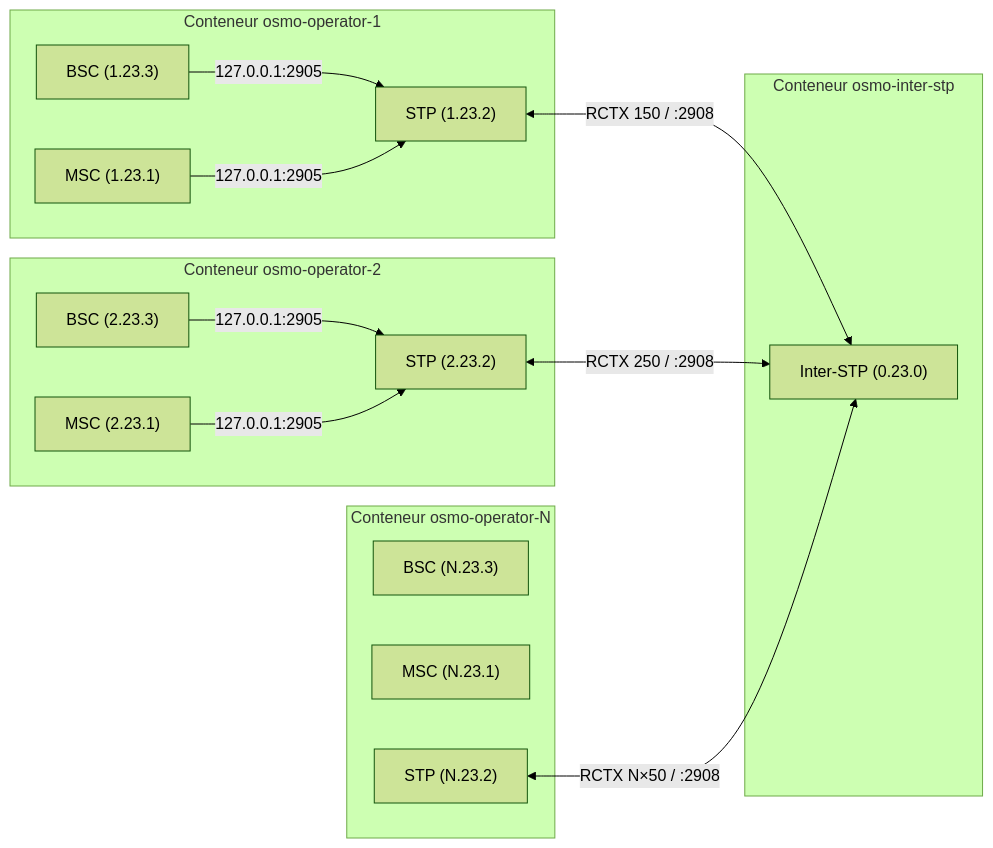
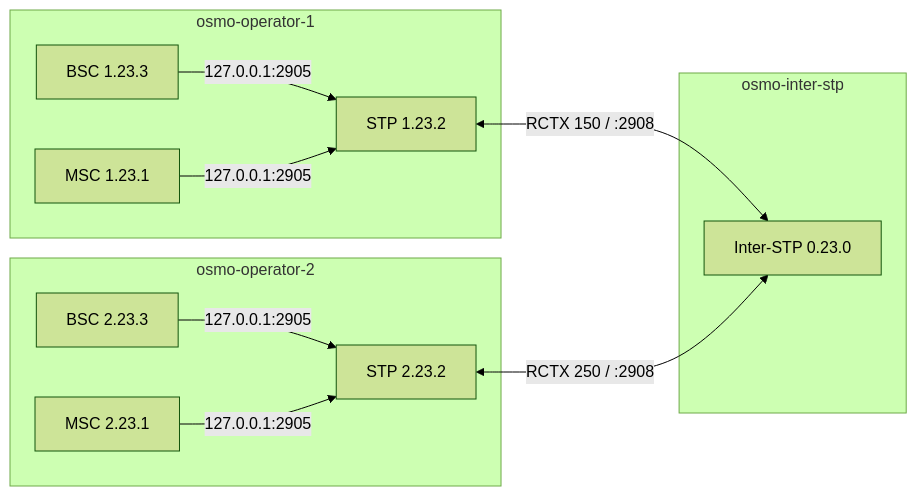
Before and after one commit to bbaranoff/osmo-operator: the fourth of 5 diagrams in README.md, drawn with Mermaid (forest theme). The commit also changed other lines of this file, not shown here.

````diff
--- a/README.md
+++ b/README.md
@@ -65,32 +483,22 @@
 ```mermaid
 flowchart LR
-    subgraph "Conteneur osmo-operator-1"
-        BSC_A["BSC (1.23.3)"]
-        MSC_A["MSC (1.23.1)"]
-        STP_A["STP (1.23.2)"]
+    subgraph "osmo-operator-1"
+        BSC_A["BSC 1.23.3"]
+        MSC_A["MSC 1.23.1"]
+        STP_A["STP 1.23.2"]
         BSC_A -->|127.0.0.1:2905| STP_A
         MSC_A -->|127.0.0.1:2905| STP_A
     end
-
-    subgraph "Conteneur osmo-operator-2"
-        BSC_B["BSC (2.23.3)"]
-        MSC_B["MSC (2.23.1)"]
-        STP_B["STP (2.23.2)"]
+    subgraph "osmo-operator-2"
+        BSC_B["BSC 2.23.3"]
+        MSC_B["MSC 2.23.1"]
+        STP_B["STP 2.23.2"]
         BSC_B -->|127.0.0.1:2905| STP_B
         MSC_B -->|127.0.0.1:2905| STP_B
     end
-
-    subgraph "Conteneur osmo-operator-N"
-        BSC_N["BSC (N.23.3)"]
-        MSC_N["MSC (N.23.1)"]
-        STP_N["STP (N.23.2)"]
+    subgraph "osmo-inter-stp"
+        INTER["Inter-STP 0.23.0"]
     end
-
-    subgraph "Conteneur osmo-inter-stp"
-        INTER["Inter-STP (0.23.0)"]
-    end
-
     STP_A <-->|"RCTX 150 / :2908"| INTER
     STP_B <-->|"RCTX 250 / :2908"| INTER
-    STP_N <-->|"RCTX N×50 / :2908"| INTER
 ```
````
